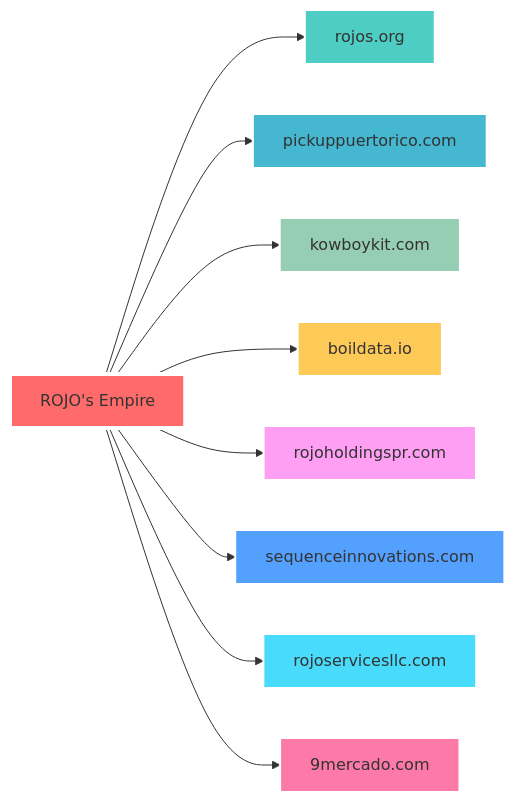
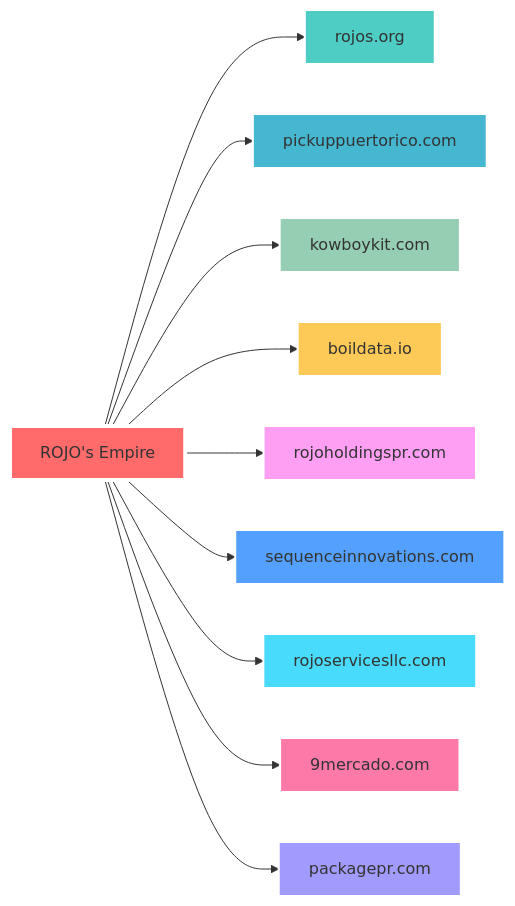
One commit to rojolang/rojolang changed the diagram in README.md. Above: the diagram before and after it, drawn with Mermaid. The commit also changed other lines of this file, not shown here.

````diff
--- a/README.md
+++ b/README.md
@@ -66,21 +66,23 @@
 ```mermaid
 graph LR
     A[ROJO's Empire] --> B[rojos.org]
     A --> C[pickuppuertorico.com]
     A --> D[kowboykit.com]
     A --> E[boildata.io]
     A --> F[rojoholdingspr.com]
     A --> G[sequenceinnovations.com]
     A --> H[rojoservicesllc.com]
     A --> I[9mercado.com]
+    A --> J[packagepr.com]
     
     style A fill:#FF6B6B,stroke:#fff,stroke-width:4px
     style B fill:#4ECDC4,stroke:#fff,stroke-width:2px
     style C fill:#45B7D1,stroke:#fff,stroke-width:2px
     style D fill:#96CEB4,stroke:#fff,stroke-width:2px
     style E fill:#FECA57,stroke:#fff,stroke-width:2px
     style F fill:#FF9FF3,stroke:#fff,stroke-width:2px
     style G fill:#54A0FF,stroke:#fff,stroke-width:2px
     style H fill:#48DBFB,stroke:#fff,stroke-width:2px
     style I fill:#FD79A8,stroke:#fff,stroke-width:2px
+    style J fill:#A29BFE,stroke:#fff,stroke-width:2px
 ```
````
